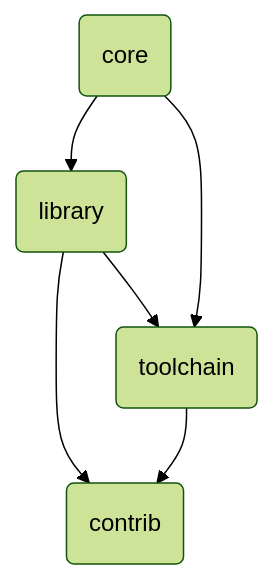
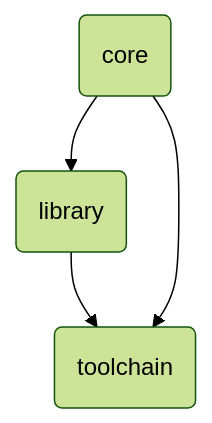
One commit to annhilati/beetsmith changed the diagram in DEVELOPER.md. Above: the diagram before and after it, drawn with Mermaid (forest theme). The commit also changed other lines of this file and 6 other files, not shown here.

````diff
--- a/DEVELOPER.md
+++ b/DEVELOPER.md
@@ -6,8 +20,6 @@
 ```mermaid
 graph TD
     core(core) --> library(library)
     library --> toolchain
     core --> toolchain(toolchain)
-    library --> contrib(contrib)
-    toolchain --> contrib
 ```
````
